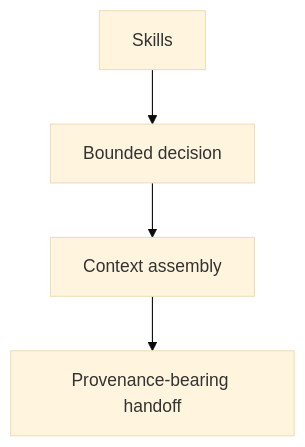
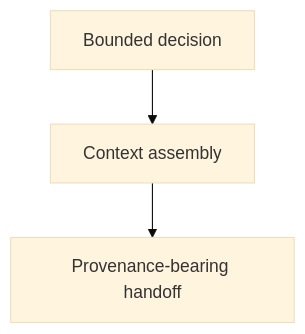
One commit to abstract-business-systems/as-is changed the diagram in skills/context-building/as-is.md. Above: the diagram before and after it, drawn with Mermaid (base theme). The commit also changed other lines of this file and 51 other files, not shown here.

Commit message:
docs(as-is): improve hierarchical architecture documentation

````diff
--- a/skills/context-building/as-is.md
+++ b/skills/context-building/as-is.md
@@ -14,7 +14,5 @@
 ```mermaid
 flowchart TD
-    Parent["Skills"] --> A["Bounded decision"] --> B["Context assembly"]
+    A["Bounded decision"] --> B["Context assembly"]
     B --> C["Provenance-bearing handoff"]
-
-    click Parent href "../as-is.md#design" "Open Skills design"
 ```
````
